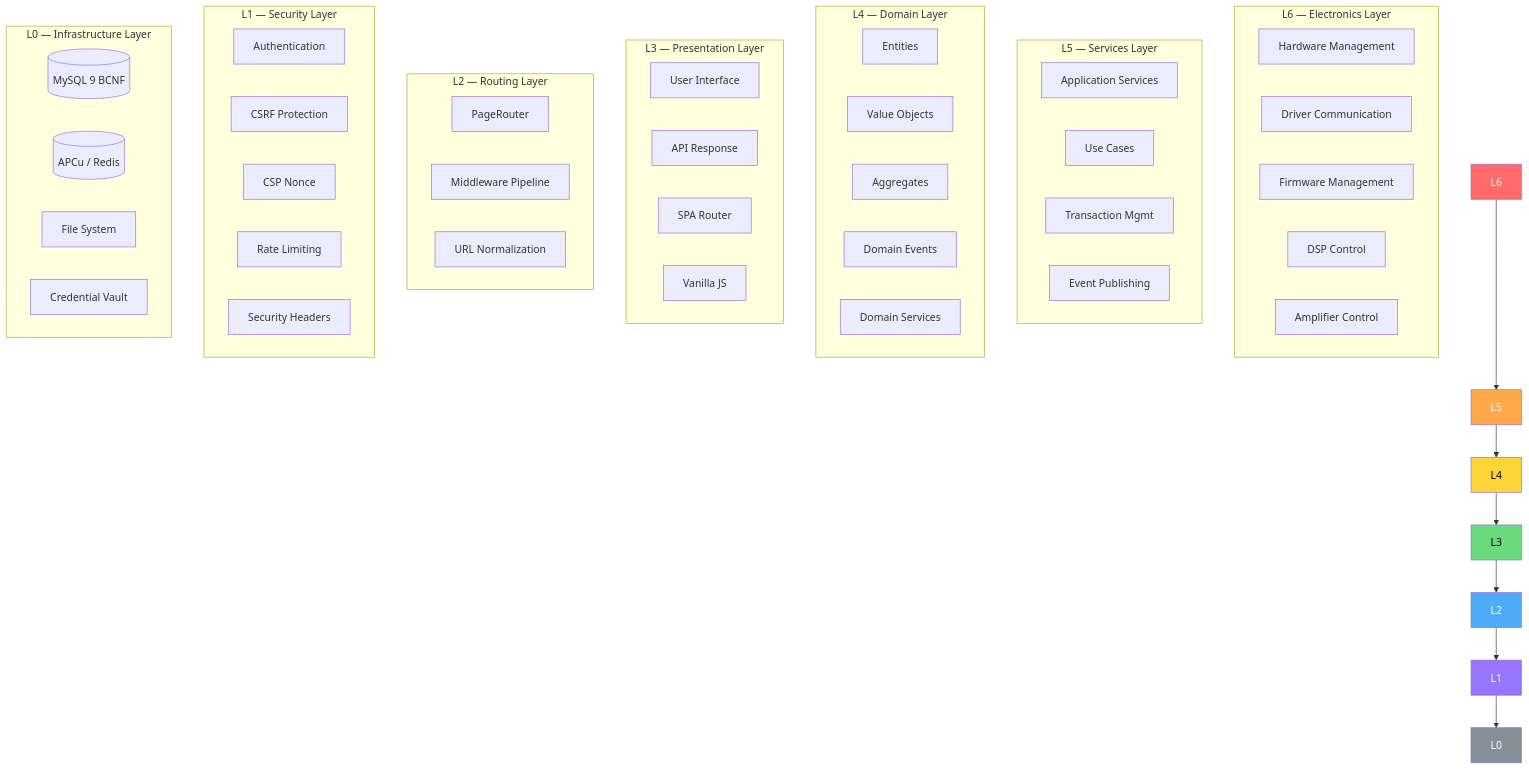
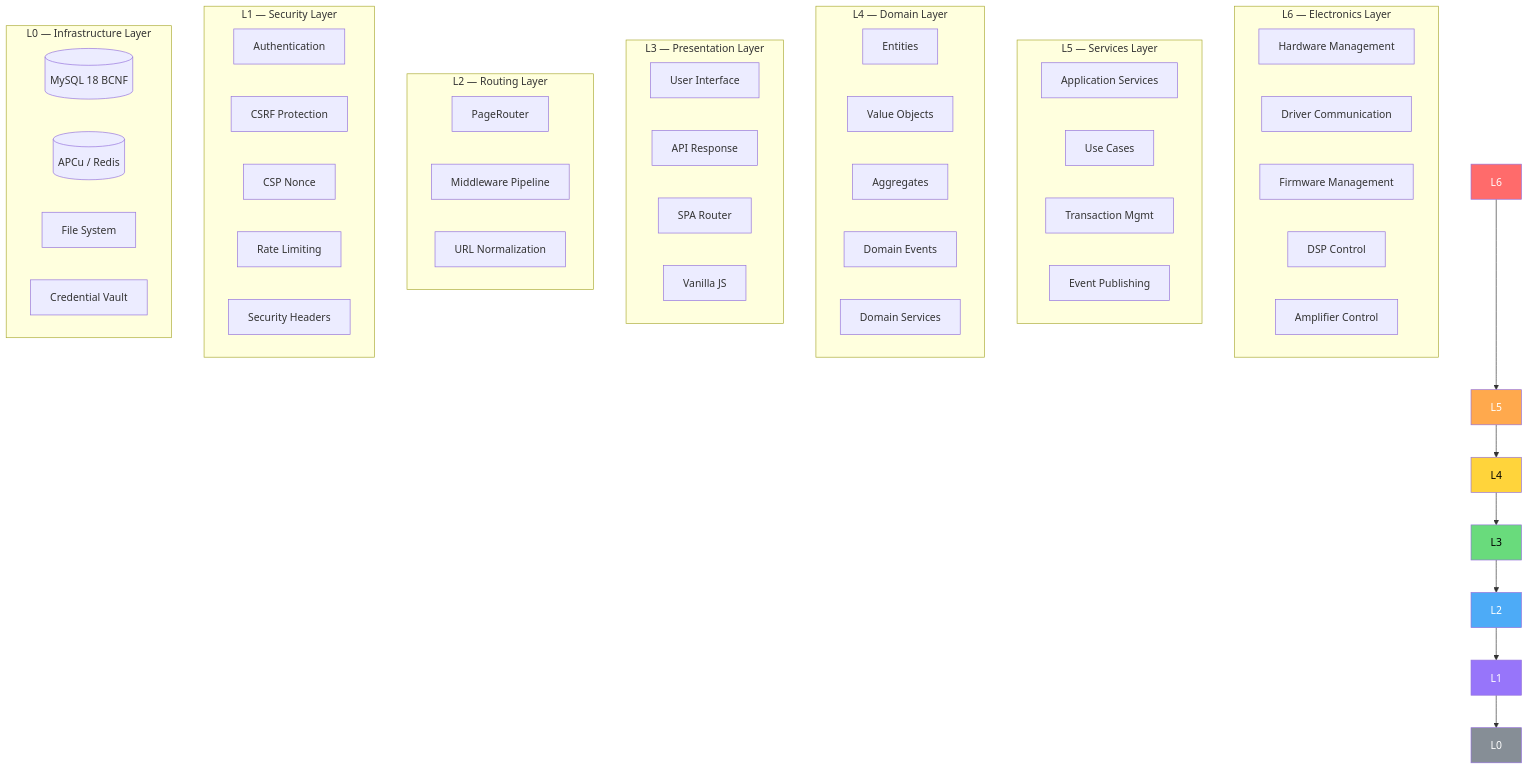
The first of 10 diagrams in .ai/architecture/system-layers-diagram.md (aliholdingdev/coremusic.net), drawn with Mermaid before and after one commit. The commit also changed 563 other files, not shown here.

````diff
--- a/.ai/architecture/system-layers-diagram.md
+++ b/.ai/architecture/system-layers-diagram.md
@@ -21,68 +21,68 @@
 ```mermaid
 graph TB
     subgraph "L6 — Electronics Layer"
         HW[Hardware Management]
         DRV[Driver Communication]
         FW[Firmware Management]
         DSP[DSP Control]
         AMP[Amplifier Control]
     end
 
     subgraph "L5 — Services Layer"
         AS[Application Services]
         UC[Use Cases]
         TX[Transaction Mgmt]
         EP[Event Publishing]
     end
 
     subgraph "L4 — Domain Layer"
         ENT[Entities]
         VO[Value Objects]
         AE[Aggregates]
         DE[Domain Events]
         DS[Domain Services]
     end
 
     subgraph "L3 — Presentation Layer"
         UI[User Interface]
         API[API Response]
         SPA[SPA Router]
         JS[Vanilla JS]
     end
 
     subgraph "L2 — Routing Layer"
         PR[PageRouter]
         MW[Middleware Pipeline]
         URL[URL Normalization]
     end
 
     subgraph "L1 — Security Layer"
         AUTH[Authentication]
         CSRF[CSRF Protection]
         CSP[CSP Nonce]
         RL[Rate Limiting]
         SEC[Security Headers]
     end
 
     subgraph "L0 — Infrastructure Layer"
-        DB[(MySQL 9 BCNF)]
+        DB[(MySQL 18 BCNF)]
         CACHE[(APCu / Redis)]
         FS[File System]
         CRED[Credential Vault]
     end
 
     L6 --> L5
     L5 --> L4
     L4 --> L3
     L3 --> L2
     L2 --> L1
     L1 --> L0
 
     style L6 fill:#ff6b6b,color:#fff
     style L5 fill:#ffa94d,color:#fff
     style L4 fill:#ffd43b,color:#000
     style L3 fill:#69db7c,color:#000
     style L2 fill:#4dabf7,color:#fff
     style L1 fill:#9775fa,color:#fff
     style L0 fill:#868e96,color:#fff
 ```
````
